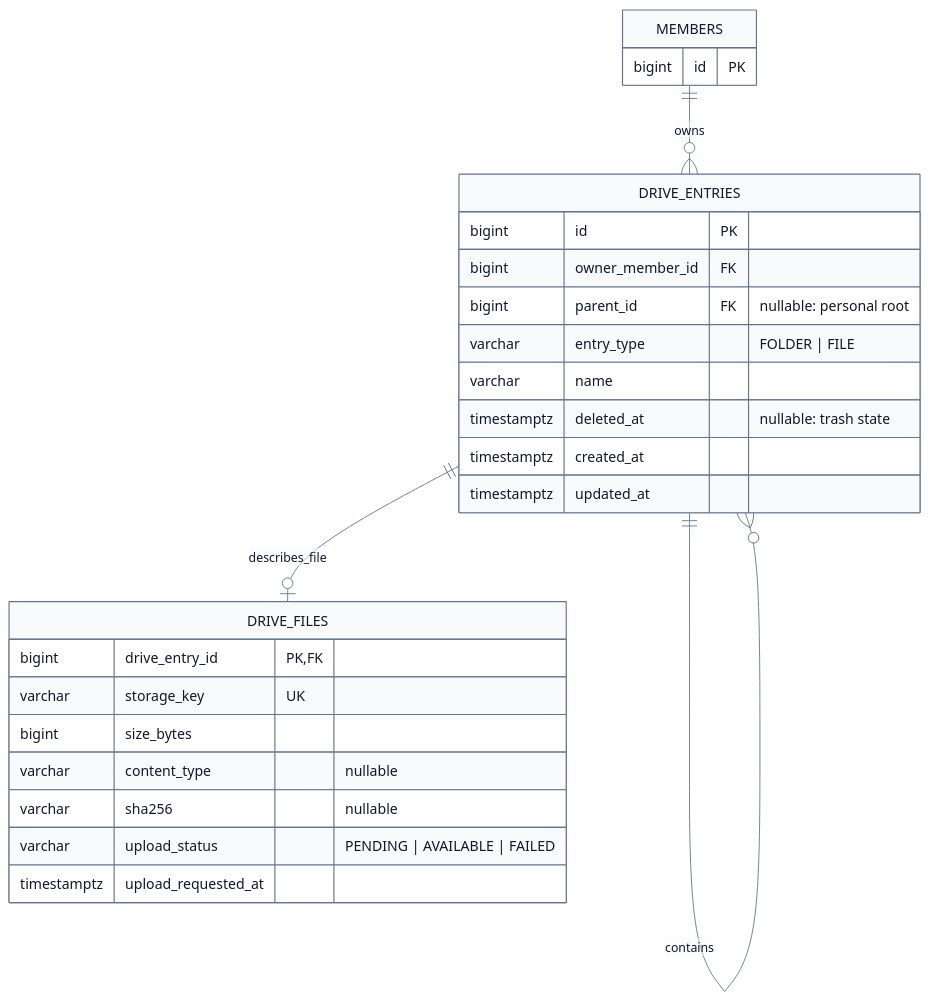
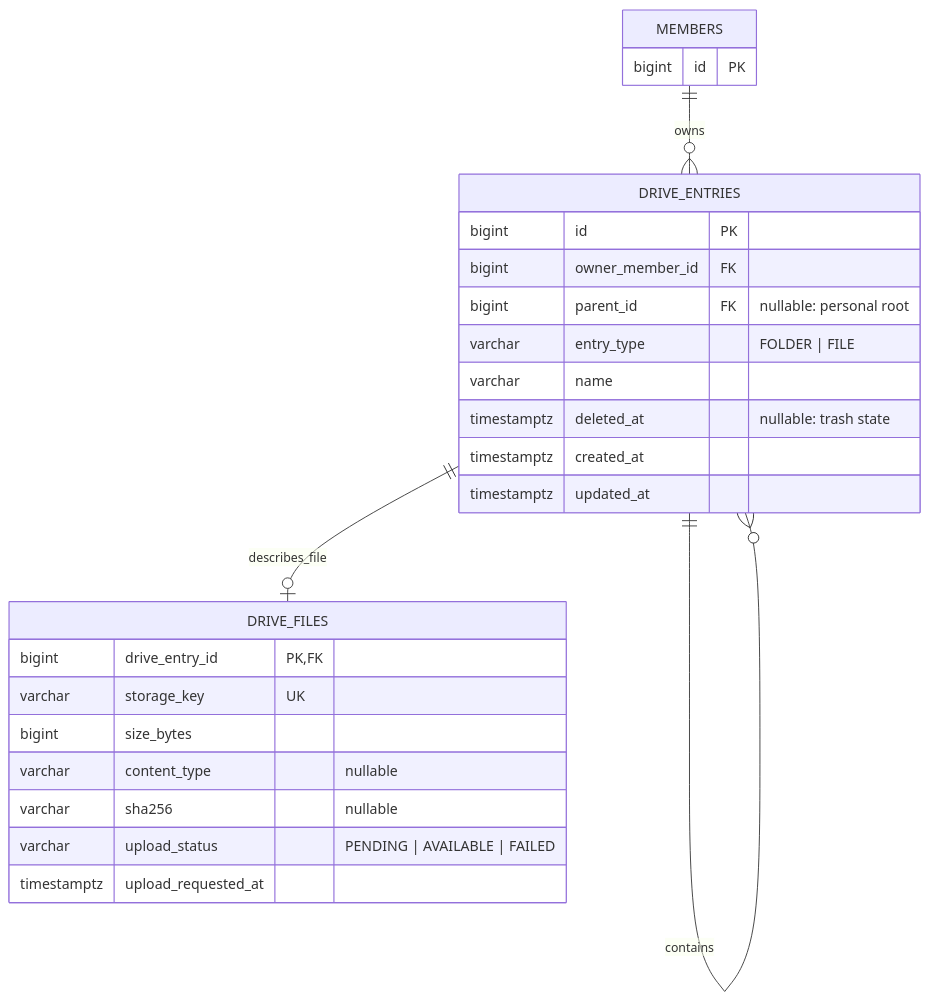
Before and after one commit to HoBaeBang/naruworks-platform: the diagram in docs/services/naru-drive/mvp-domain-model.md, drawn with Mermaid.

Commit message:
Drive ERD 렌더링을 복구한다

````diff
--- a/docs/services/naru-drive/mvp-domain-model.md
+++ b/docs/services/naru-drive/mvp-domain-model.md
@@ -17,36 +17,32 @@
 ```mermaid
-%%{init: {'theme': 'base', 'themeVariables': {'primaryColor': '#f8fafc', 'primaryTextColor': '#0f172a', 'primaryBorderColor': '#64748b', 'lineColor': '#64748b', 'tertiaryColor': '#f8fafc'}}}%%
 erDiagram
     MEMBERS ||--o{ DRIVE_ENTRIES : owns
     DRIVE_ENTRIES ||--o| DRIVE_FILES : describes_file
     DRIVE_ENTRIES ||--o{ DRIVE_ENTRIES : contains
 
     MEMBERS {
         bigint id PK
     }
 
     DRIVE_ENTRIES {
         bigint id PK
         bigint owner_member_id FK
         bigint parent_id FK "nullable: personal root"
         varchar entry_type "FOLDER | FILE"
         varchar name
         timestamptz deleted_at "nullable: trash state"
         timestamptz created_at
         timestamptz updated_at
     }
 
     DRIVE_FILES {
         bigint drive_entry_id PK, FK
         varchar storage_key UK
         bigint size_bytes
         varchar content_type "nullable"
         varchar sha256 "nullable"
         varchar upload_status "PENDING | AVAILABLE | FAILED"
         timestamptz upload_requested_at
     }
 
-    style MEMBERS fill:#f8fafc,stroke:#64748b,color:#0f172a
-    style DRIVE_ENTRIES fill:#f8fafc,stroke:#64748b,color:#0f172a
-    style DRIVE_FILES fill:#f8fafc,stroke:#64748b,color:#0f172a
 ```
````
